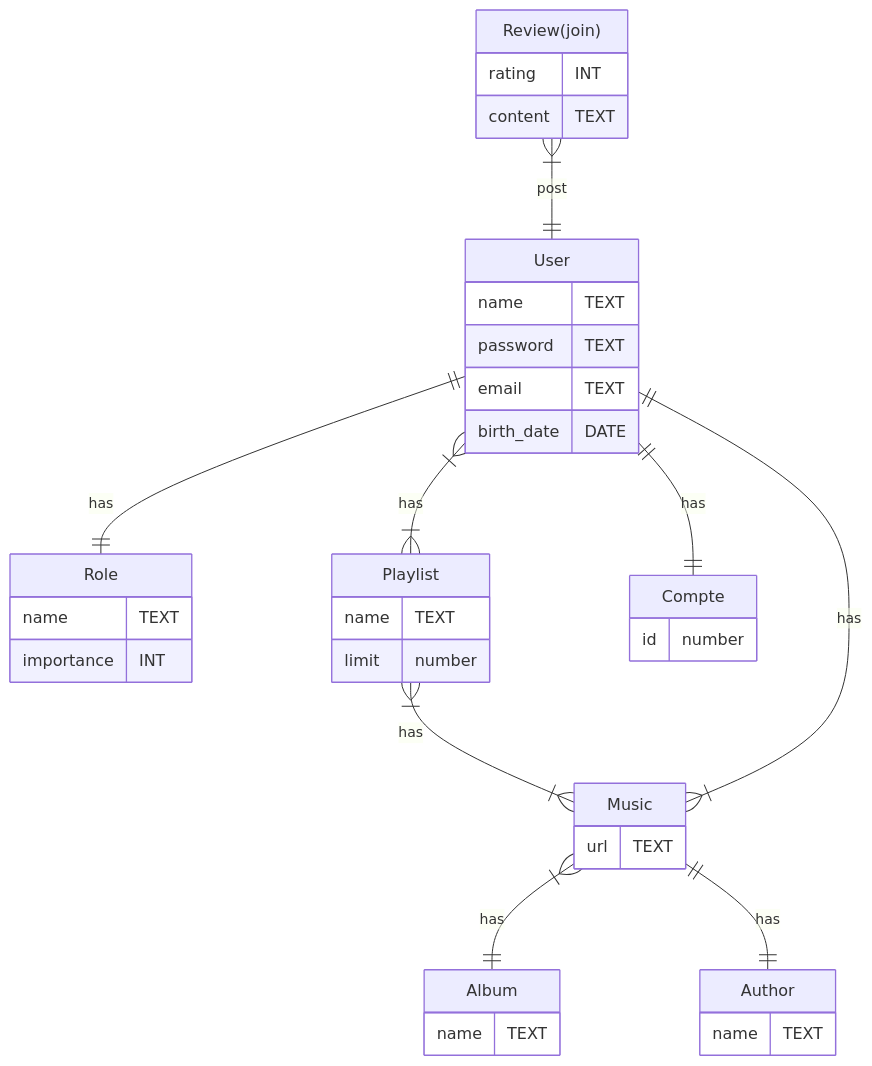
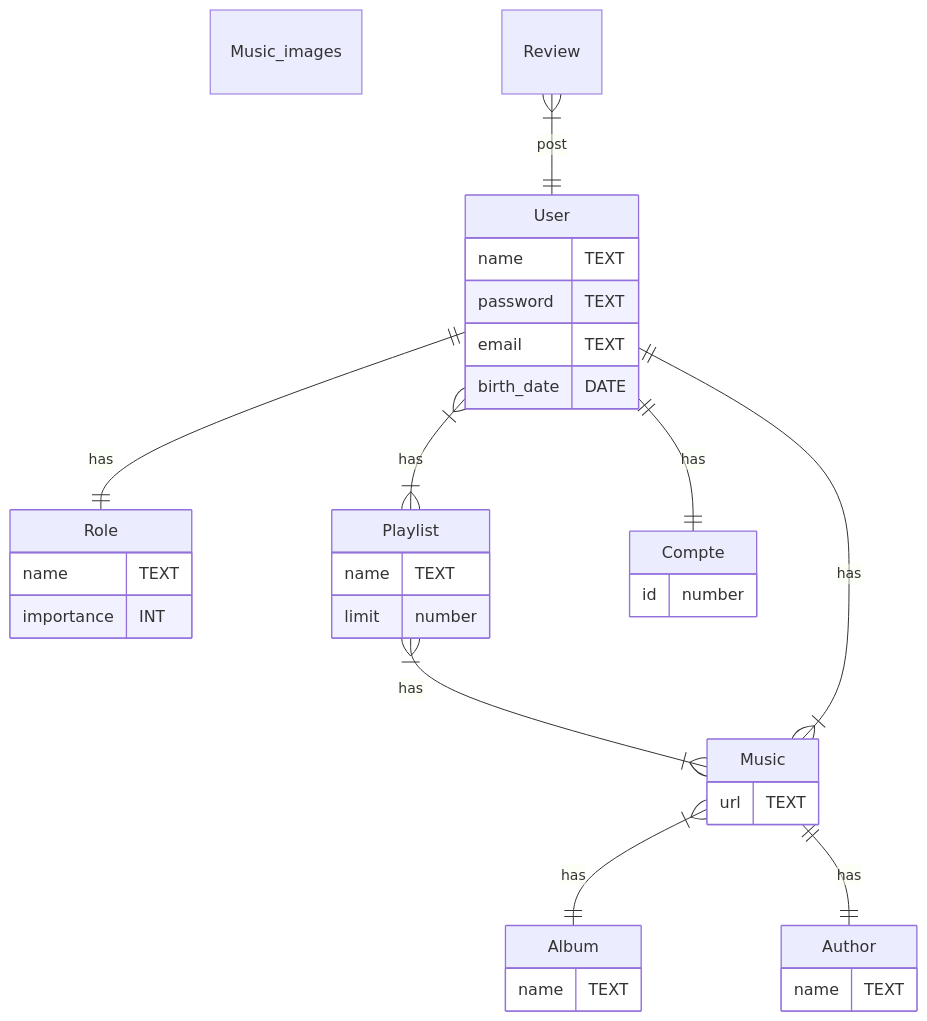
One commit to ThomasMoire/Spoutoufy changed the diagram in README.md. Above: the diagram before and after it, drawn with Mermaid.

````diff
--- a/README.md
+++ b/README.md
@@ -23,43 +23,42 @@
 ```mermaid
 erDiagram
     Album{
         name TEXT
     }
-    Review["Review(join)"]{
-        rating INT
-        content TEXT
+    Music_images{
     }
     
     User{
         name TEXT
         password TEXT
         email TEXT
         birth_date DATE
     }
     Music{
         url TEXT
     }
     Role{
         name TEXT
         importance INT
     }
     Playlist{
         name TEXT
         limit number
     }
     Compte{
         id number
     }
     Author{
         name TEXT
     }   
 
     Music }|--|| Album : has
     Review }|--|| User : post
     Playlist }|--}| Music : has
     User }|--}| Playlist : has
     User ||--|{ Music : has
     User ||--|| Role : has
     User ||--|| Compte : has
+ 
     Music ||--|| Author : has
 ```
````
